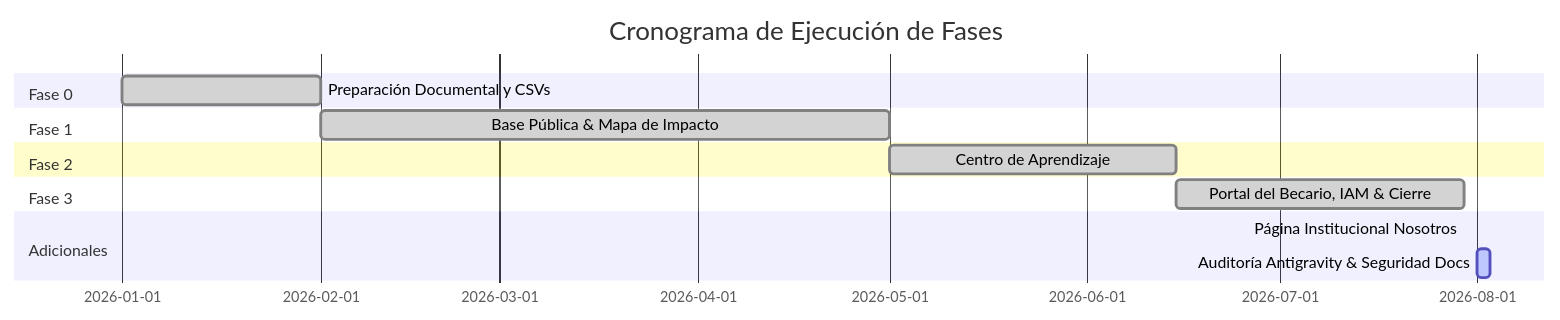
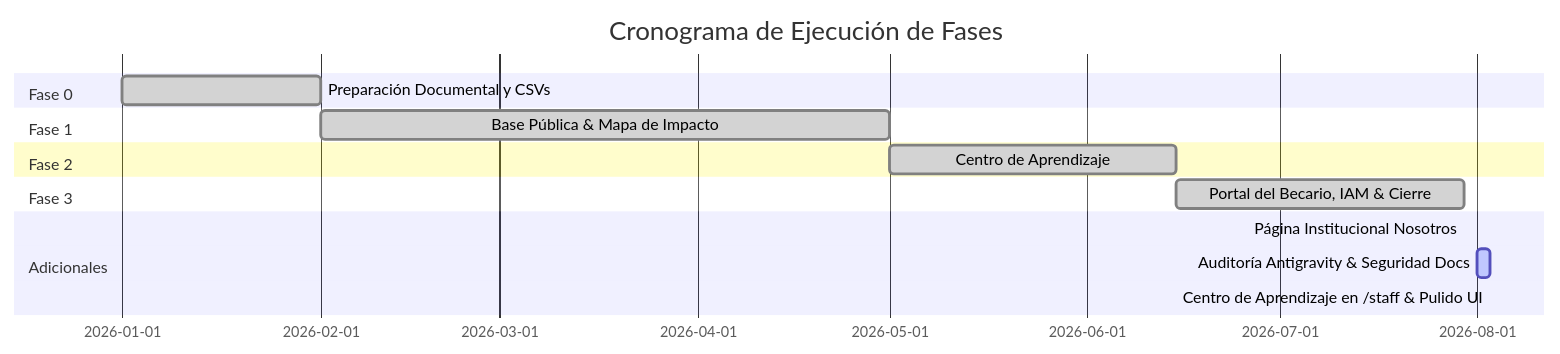
The diagram in obsidian/05 - Planificación & Estado/🚀 Plan de Ejecución & Estado de Fases.md (fabianconte7dg3/ForumPage), drawn with Mermaid before and after one commit. The commit also changed other lines of this file and 2 other files, not shown here.

First line of the commit message:
docs: documentar Centro de Aprendizaje en /staff y pulido de UI (2026-08-03)

````diff
--- a/obsidian/05 - Planificación & Estado/🚀 Plan de Ejecución & Estado de Fases.md
+++ b/obsidian/05 - Planificación & Estado/🚀 Plan de Ejecución & Estado de Fases.md
@@ -26,16 +26,17 @@
 ```mermaid
 gantt
     title Cronograma de Ejecución de Fases
     dateFormat  YYYY-MM-DD
     section Fase 0
     Preparación Documental y CSVs     :done, f0, 2026-01-01, 2026-02-01
     section Fase 1
     Base Pública & Mapa de Impacto    :done, f1, 2026-02-01, 2026-05-01
     section Fase 2
     Centro de Aprendizaje             :done, f2, 2026-05-01, 2026-06-15
     section Fase 3
     Portal del Becario, IAM & Cierre  :done, f3, 2026-06-15, 2026-07-30
     section Adicionales
     Página Institucional Nosotros     :done, f4, 2026-07-30, 2026-07-30
     Auditoría Antigravity & Seguridad Docs :active, f5, 2026-08-01, 2026-08-03
+    Centro de Aprendizaje en /staff & Pulido UI :done, f6, 2026-08-03, 2026-08-03
 ```
````
